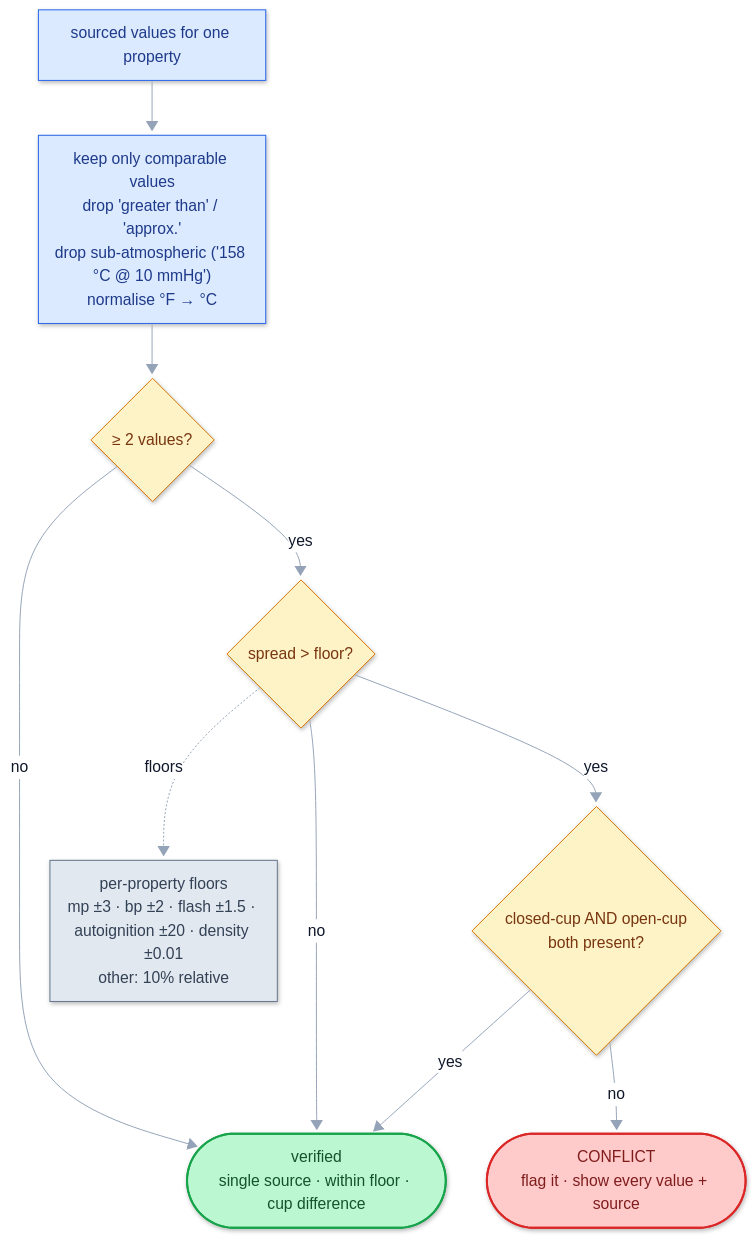
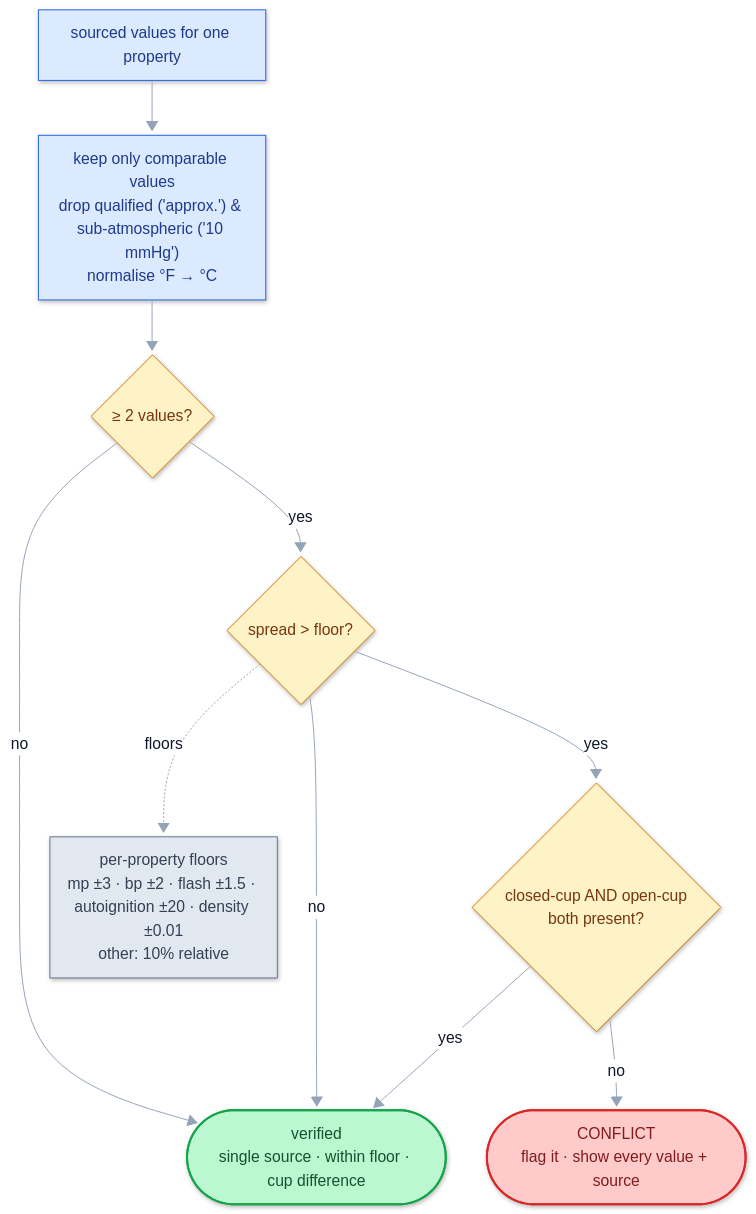
Before and after one commit to CL4Y68/chemfacts: the fourth of 5 diagrams in README.md, drawn with Mermaid. The commit also changed other lines of this file and 1 other file, not shown here.

First line of the commit message:
diagrams: split the 10-rank pipeline into two short diagrams (readable at page width)

````diff
--- a/README.md
+++ b/README.md
@@ -148,31 +172,31 @@
 ```mermaid
 %%{init: {"look": "neo", "theme": "base", "themeVariables": {"lineColor": "#94a3b8", "primaryTextColor": "#0f172a", "edgeLabelBackground": "#ffffff"}, "flowchart": {"curve": "basis", "htmlLabels": true, "nodeSpacing": 42, "rankSpacing": 56, "padding": 10}} }%%
 flowchart TD
     A["sourced values for one property"]:::proc
-    B["keep only comparable values<br/>drop 'greater than' / 'approx.'<br/>drop sub-atmospheric ('158 °C @ 10 mmHg')<br/>normalise °F → °C"]:::proc
+    B["keep only comparable values<br/>drop qualified ('approx.') & sub-atmospheric ('10 mmHg')<br/>normalise °F → °C"]:::proc
     C{"≥ 2 values?"}:::decide
     D{"spread > floor?"}:::decide
     E{"closed-cup AND open-cup<br/>both present?"}:::decide
     V(["verified<br/>single source · within floor · cup difference"]):::ok
     X(["CONFLICT<br/>flag it · show every value + source"]):::warn
     N["per-property floors<br/>mp ±3 · bp ±2 · flash ±1.5 · autoignition ±20 · density ±0.01<br/>other: 10% relative"]:::plain
 
     A --> B --> C
     C -- "no" --> V
     C -- "yes" --> D
     D -- "no" --> V
     D -- "yes" --> E
     E -- "yes" --> V
     E -- "no" --> X
     D -. "floors" .-> N
     classDef io      fill:#e0e7ff,stroke:#4f46e5,stroke-width:2px,color:#312e81
     classDef proc    fill:#dbeafe,stroke:#2563eb,color:#1e3a8a
     classDef decide  fill:#fef3c7,stroke:#d97706,color:#78350f
     classDef store   fill:#d1fae5,stroke:#059669,color:#064e3b
     classDef ok      fill:#bbf7d0,stroke:#16a34a,stroke-width:2px,color:#14532d
     classDef warn    fill:#fecaca,stroke:#dc2626,stroke-width:2px,color:#7f1d1d
     classDef plain   fill:#e2e8f0,stroke:#64748b,color:#334155
     classDef card   fill:#ede9fe,stroke:#7c3aed,stroke-width:2px,color:#4c1d95
     classDef mcp    fill:#cffafe,stroke:#0891b2,color:#164e63
     classDef ext    fill:#f8fafc,stroke:#94a3b8,stroke-dasharray:5 4,color:#475569
 ```
````
